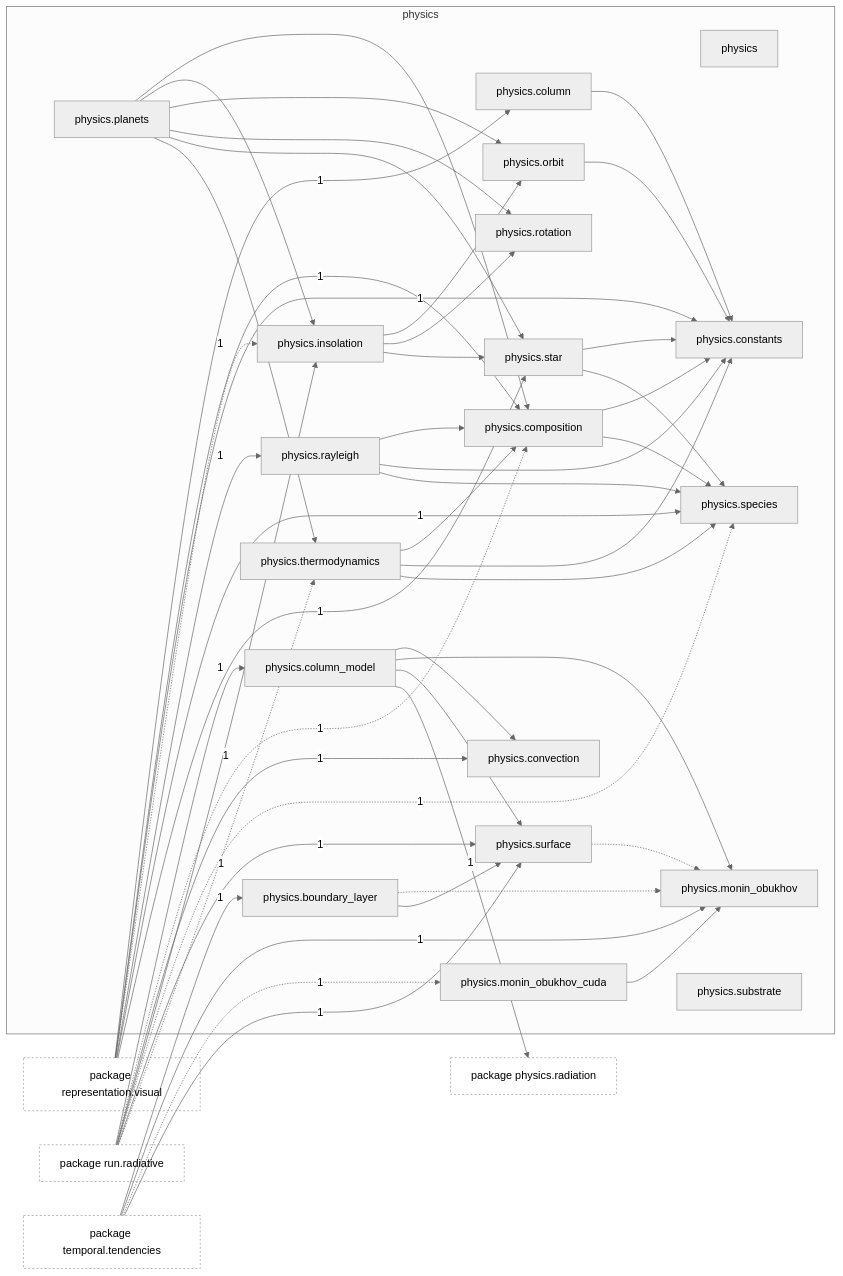
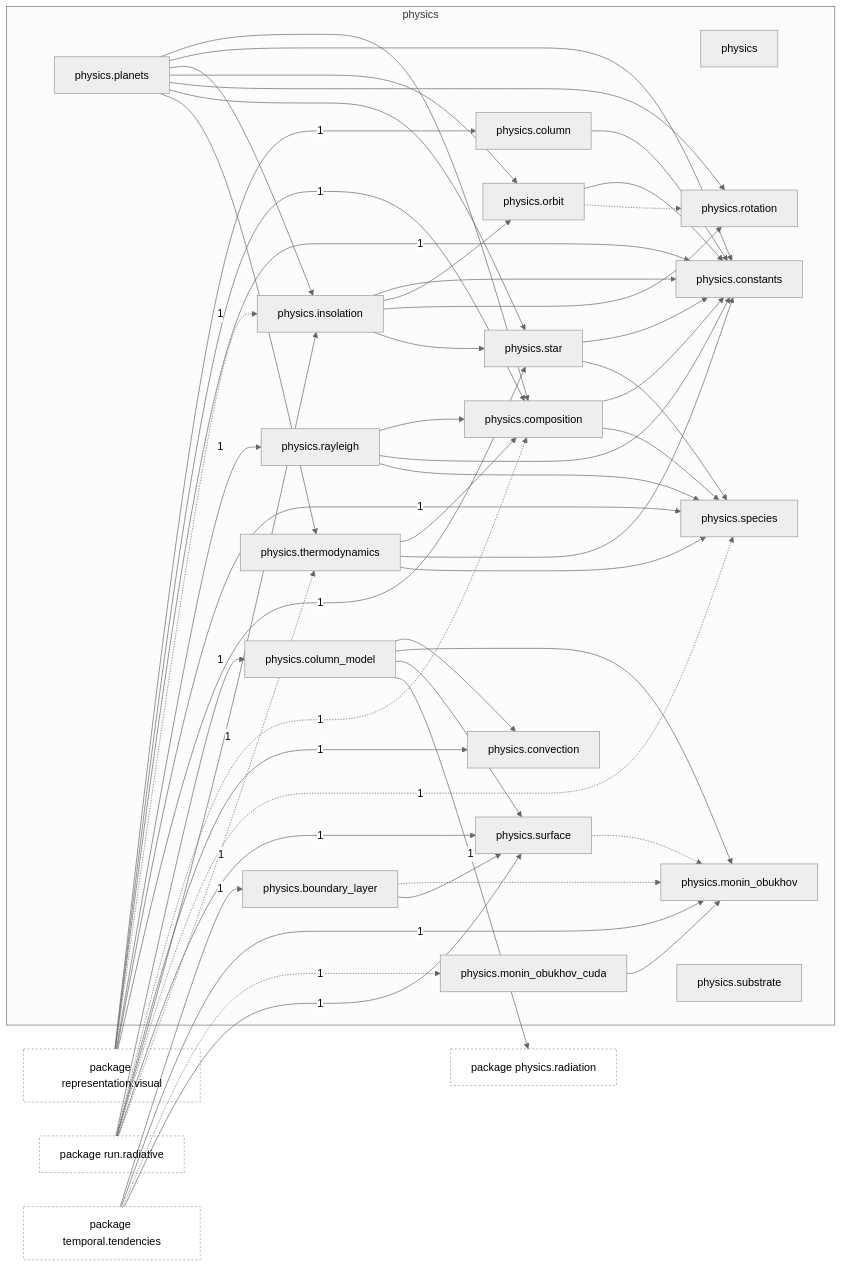
The first of 2 diagrams in docs/architecture/current/packages/tropoi.physics.md (AlexandreEros/Palintropos), drawn with Mermaid (neutral theme) before and after one commit. The commit also changed other lines of this file and 12 other files, not shown here.

First line of the commit message:
Refresh the architecture snapshot for the unified illumination geometry

```diff
--- a/docs/architecture/current/packages/tropoi.physics.md
+++ b/docs/architecture/current/packages/tropoi.physics.md
@@ -71,12 +71,15 @@
     n_tropoi_ophysics_ocolumn__model --> n_tropoi_ophysics_osurface
     n_tropoi_ophysics_ocomposition --> n_tropoi_ophysics_oconstants
     n_tropoi_ophysics_ocomposition --> n_tropoi_ophysics_ospecies
+    n_tropoi_ophysics_oinsolation --> n_tropoi_ophysics_oconstants
     n_tropoi_ophysics_oinsolation --> n_tropoi_ophysics_oorbit
     n_tropoi_ophysics_oinsolation --> n_tropoi_ophysics_orotation
     n_tropoi_ophysics_oinsolation --> n_tropoi_ophysics_ostar
     n_tropoi_ophysics_omonin__obukhov__cuda --> n_tropoi_ophysics_omonin__obukhov
     n_tropoi_ophysics_oorbit --> n_tropoi_ophysics_oconstants
+    n_tropoi_ophysics_oorbit -.-> n_tropoi_ophysics_orotation
     n_tropoi_ophysics_oplanets --> n_tropoi_ophysics_ocomposition
+    n_tropoi_ophysics_oplanets --> n_tropoi_ophysics_oconstants
     n_tropoi_ophysics_oplanets --> n_tropoi_ophysics_oinsolation
     n_tropoi_ophysics_oplanets --> n_tropoi_ophysics_oorbit
     n_tropoi_ophysics_oplanets --> n_tropoi_ophysics_orotation
```
